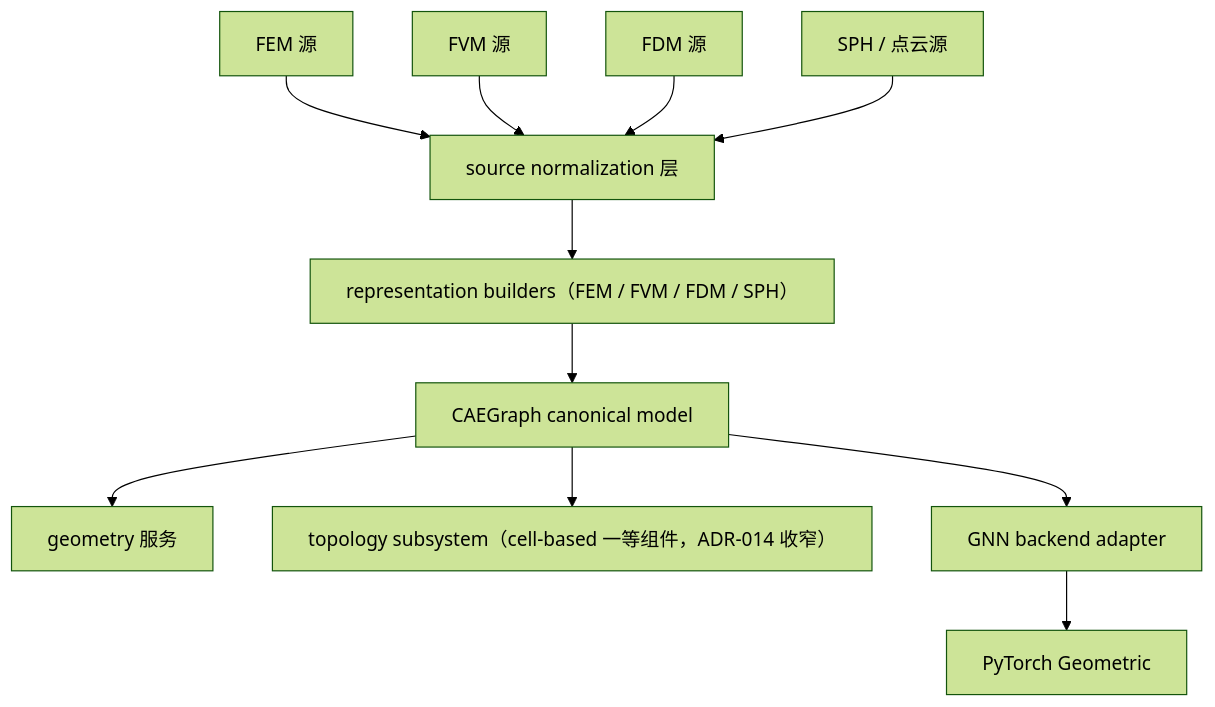
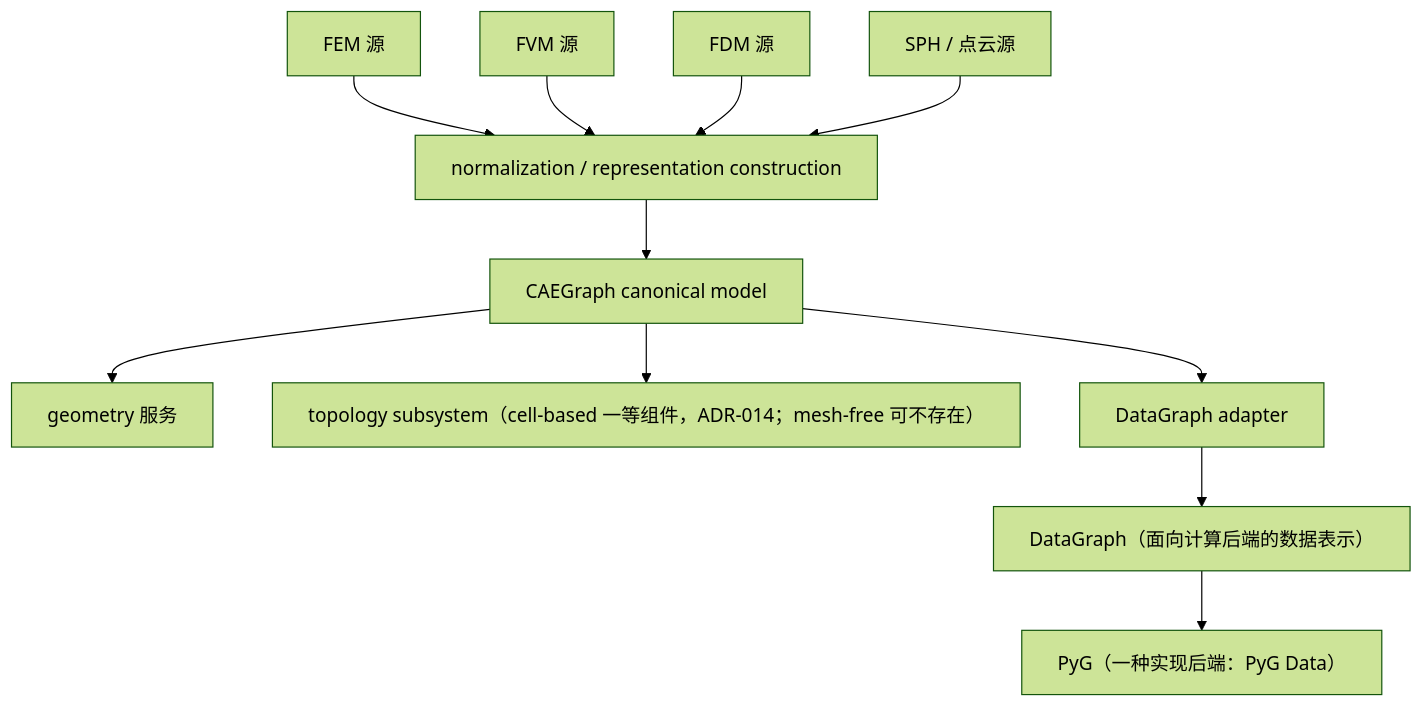
One commit to XYChouMian/caegraph changed the first of 2 diagrams in architecture/decisions/ADR-015-caegraph-representation.md. Above: the diagram before and after it, drawn with Mermaid (forest theme). The commit also changed other lines of this file and 17 other files, not shown here.

````diff
--- a/architecture/decisions/ADR-015-caegraph-representation.md
+++ b/architecture/decisions/ADR-015-caegraph-representation.md
@@ -54,15 +57,15 @@
 ```mermaid
 flowchart TD
-    FEM["FEM 源"] --> N["source normalization 层"]
+    FEM["FEM 源"] --> N["normalization / representation construction"]
     FVM["FVM 源"] --> N
     FDM["FDM 源"] --> N
     SPR["SPH / 点云源"] --> N
-    N --> B["representation builders（FEM / FVM / FDM / SPH）"]
-    B --> C["CAEGraph canonical model"]
+    N --> C["CAEGraph canonical model"]
     C --> GEO["geometry 服务"]
-    C --> TOP["topology subsystem（cell-based 一等组件，ADR-014 收窄）"]
-    C --> ADP["GNN backend adapter"]
-    ADP --> PYG["PyTorch Geometric"]
+    C --> TOP["topology subsystem（cell-based 一等组件，ADR-014；mesh-free 可不存在）"]
+    C --> ADP["DataGraph adapter"]
+    ADP --> DG["DataGraph（面向计算后端的数据表示）"]
+    DG --> PYG["PyG（一种实现后端：PyG Data）"]
     classDef nowrap white-space:nowrap
-    class FEM,FVM,FDM,SPR,N,B,C,GEO,TOP,ADP,PYG nowrap
+    class FEM,FVM,FDM,SPR,N,C,GEO,TOP,ADP,DG,PYG nowrap
 ```
````
